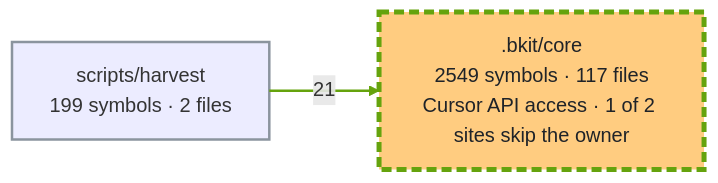
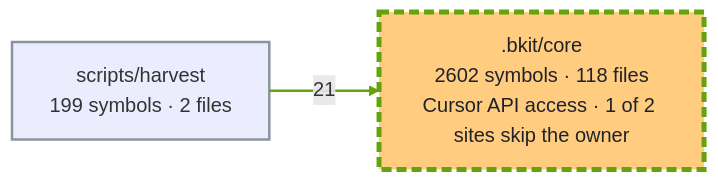
The second of 3 diagrams in docs/capabilities.md (cbartens/bkit), drawn with Mermaid before and after one commit. The commit also changed other lines of this file and 167 other files, not shown here.

````diff
--- a/docs/capabilities.md
+++ b/docs/capabilities.md
@@ -169,16 +169,16 @@
 ```mermaid
 ---
 config:
   layout: elk
   flowchart:
     useMaxWidth: false
 ---
 flowchart LR
-  %% Generated by bkit-graphify-rollup.py from 4c5d90f44b852fbc32273de624c7e1ab2c327e5b — do not edit
-  n_bkit_core[".bkit/core<br/>2549 symbols · 117 files<br/>Cursor API access · 1 of 2 sites skip the owner"]
+  %% Generated by bkit-graphify-rollup.py from f603fd25fcf43f94a03b221ba30c5f27734c2d9c — do not edit
+  n_bkit_core[".bkit/core<br/>2602 symbols · 118 files<br/>Cursor API access · 1 of 2 sites skip the owner"]
   nscripts_harvest["scripts/harvest<br/>199 symbols · 2 files"]
   nscripts_harvest -->|21| n_bkit_core
   style n_bkit_core stroke:#65a30d,stroke-width:4px,stroke-dasharray:8 4,fill:#ffcc80,color:#1f2328
   style nscripts_harvest stroke:#8b949e,stroke-width:2px
   linkStyle 0 stroke:#65a30d,stroke-width:2px
 ```
````
